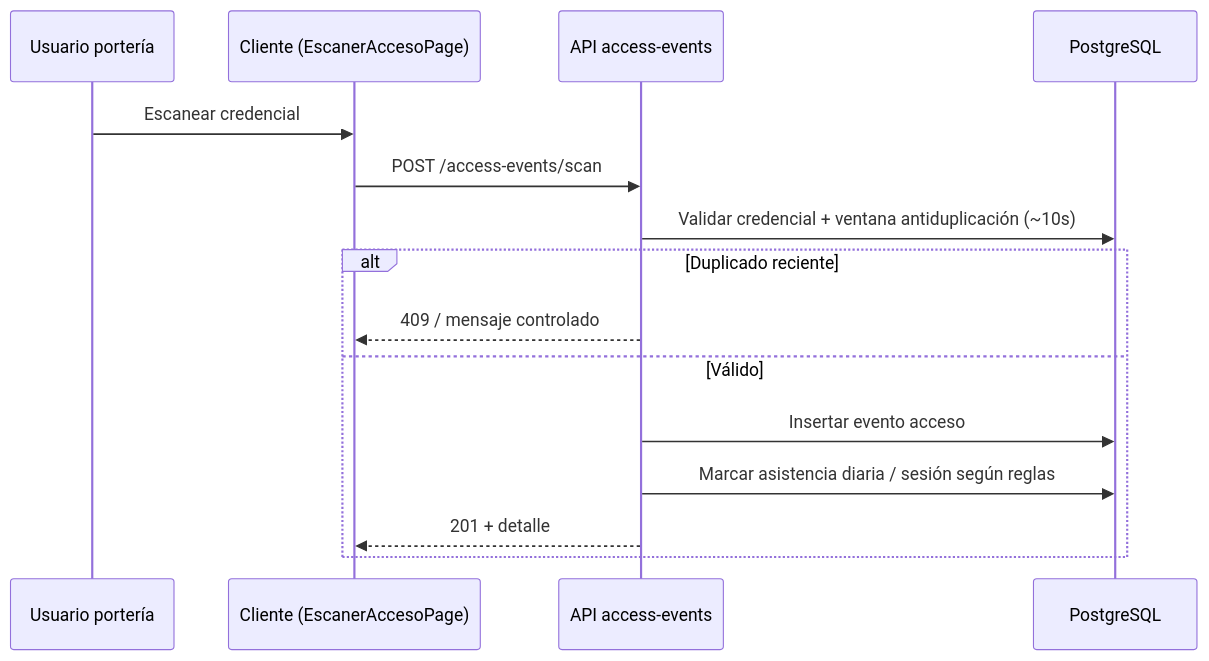
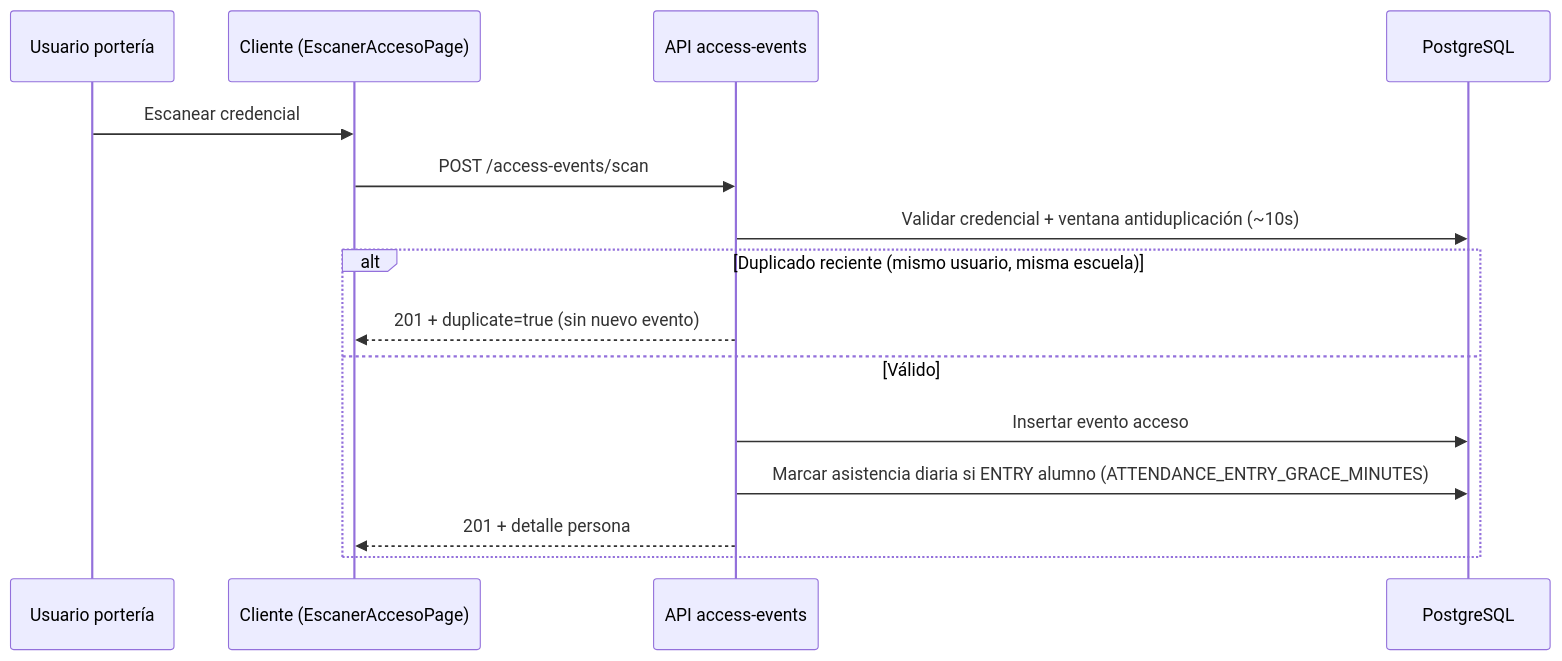
One commit to UJohnnyU/EscuelaPass---Seguridad-Institucional changed the third of 4 diagrams in 01 - Escuela Pass/docs/tdg/TDG-2_Escuela_Pass_borrador_maestro_v2.md. Above: the diagram before and after it, drawn with Mermaid. The commit also changed other lines of this file and 37 other files, not shown here.

````diff
--- a/01 - Escuela Pass/docs/tdg/TDG-2_Escuela_Pass_borrador_maestro_v2.md
+++ b/01 - Escuela Pass/docs/tdg/TDG-2_Escuela_Pass_borrador_maestro_v2.md
@@ -526,17 +558,17 @@
 ```mermaid
 sequenceDiagram
   participant U as Usuario portería
   participant C as Cliente (EscanerAccesoPage)
   participant A as API access-events
   participant DB as PostgreSQL
   U->>C: Escanear credencial
   C->>A: POST /access-events/scan
   A->>DB: Validar credencial + ventana antiduplicación (~10s)
-  alt Duplicado reciente
-    A-->>C: 409 / mensaje controlado
+  alt Duplicado reciente (mismo usuario, misma escuela)
+    A-->>C: 201 + duplicate=true (sin nuevo evento)
   else Válido
     A->>DB: Insertar evento acceso
-    A->>DB: Marcar asistencia diaria / sesión según reglas
-    A-->>C: 201 + detalle
+    A->>DB: Marcar asistencia diaria si ENTRY alumno (ATTENDANCE_ENTRY_GRACE_MINUTES)
+    A-->>C: 201 + detalle persona
   end
 ```
````
